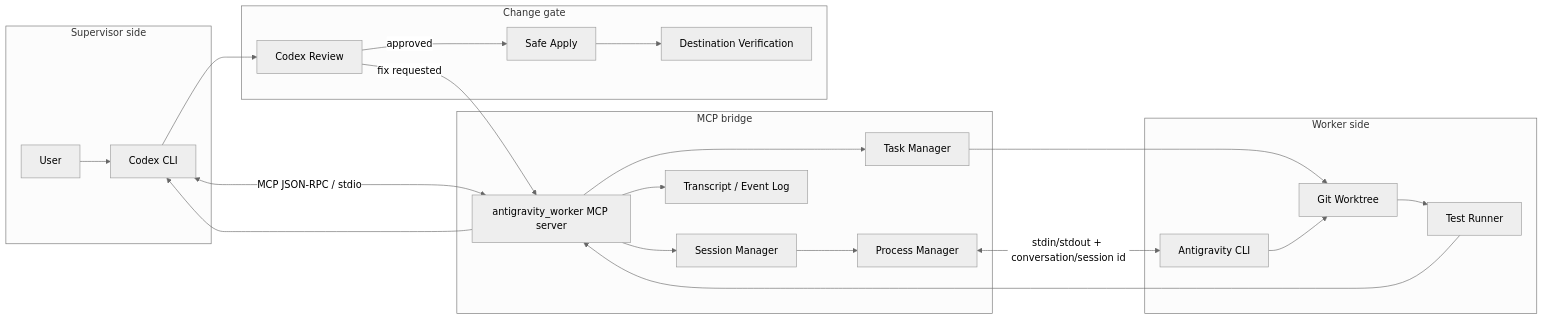
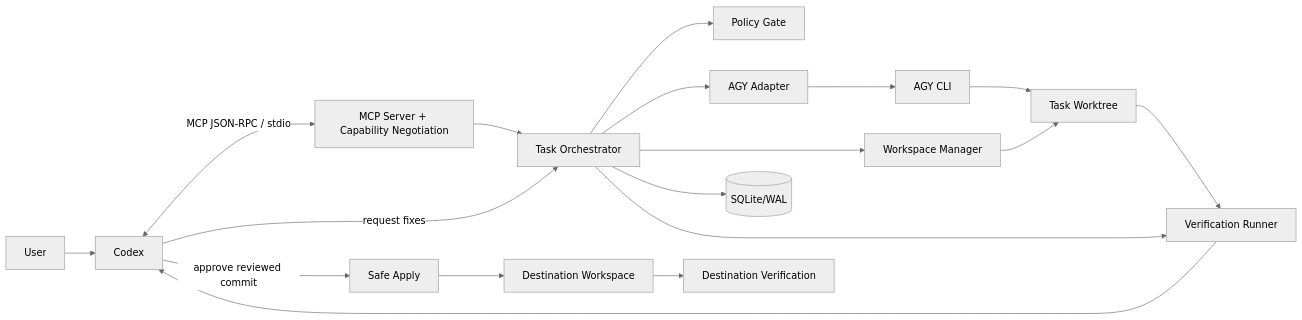
One commit to hanguyentqlx/codex_agy changed the first of 2 diagrams in docs/ARCHITECTURE.md. Above: the diagram before and after it, drawn with Mermaid (neutral theme). The commit also changed other lines of this file and 10 other files, not shown here.

First line of the commit message:
docs: optimize Codex ↔ AGY architecture v2

````diff
--- a/docs/ARCHITECTURE.md
+++ b/docs/ARCHITECTURE.md
@@ -17,44 +9,20 @@
 ```mermaid
 flowchart LR
-    subgraph Client[Supervisor side]
-        U[User]
-        C[Codex CLI]
-    end
-
-    subgraph Bridge[MCP bridge]
-        MCP[antigravity_worker MCP server]
-        SM[Session Manager]
-        TM[Task Manager]
-        PM[Process Manager]
-        LOG[Transcript / Event Log]
-    end
-
-    subgraph Worker[Worker side]
-        AGY[Antigravity CLI]
-        WT[Git Worktree]
-        TEST[Test Runner]
-    end
-
-    subgraph Apply[Change gate]
-        RV[Codex Review]
-        SA[Safe Apply]
-        DV[Destination Verification]
-    end
-
-    U --> C
-    C <-->|MCP JSON-RPC / stdio| MCP
-    MCP --> TM
-    MCP --> SM
-    SM --> PM
-    PM <-->|stdin/stdout + conversation/session id| AGY
-    TM --> WT
-    AGY --> WT
-    WT --> TEST
-    TEST --> MCP
-    MCP --> LOG
-    MCP --> C
-    C --> RV
-    RV -->|fix requested| MCP
-    RV -->|approved| SA
-    SA --> DV
+  U[User] --> C[Codex]
+  C <-->|MCP JSON-RPC / stdio| S[MCP Server + Capability Negotiation]
+  S --> O[Task Orchestrator]
+  O --> P[Policy Gate]
+  O --> A[AGY Adapter]
+  O --> W[Workspace Manager]
+  O --> D[(SQLite/WAL)]
+  O --> V[Verification Runner]
+  A --> G[AGY CLI]
+  W --> WT[Task Worktree]
+  G --> WT
+  WT --> V
+  V --> C
+  C -->|request fixes| O
+  C -->|approve reviewed commit| AP[Safe Apply]
+  AP --> DEST[Destination Workspace]
+  DEST --> DV[Destination Verification]
 ```
````
